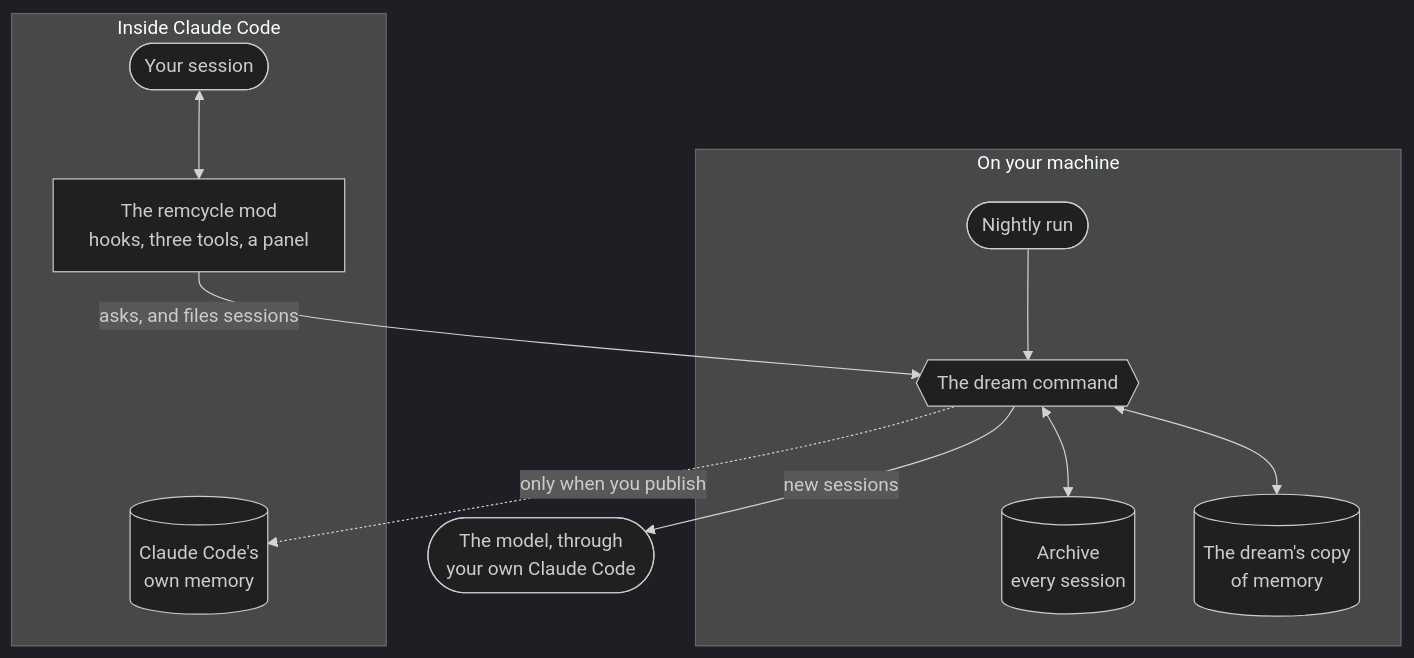
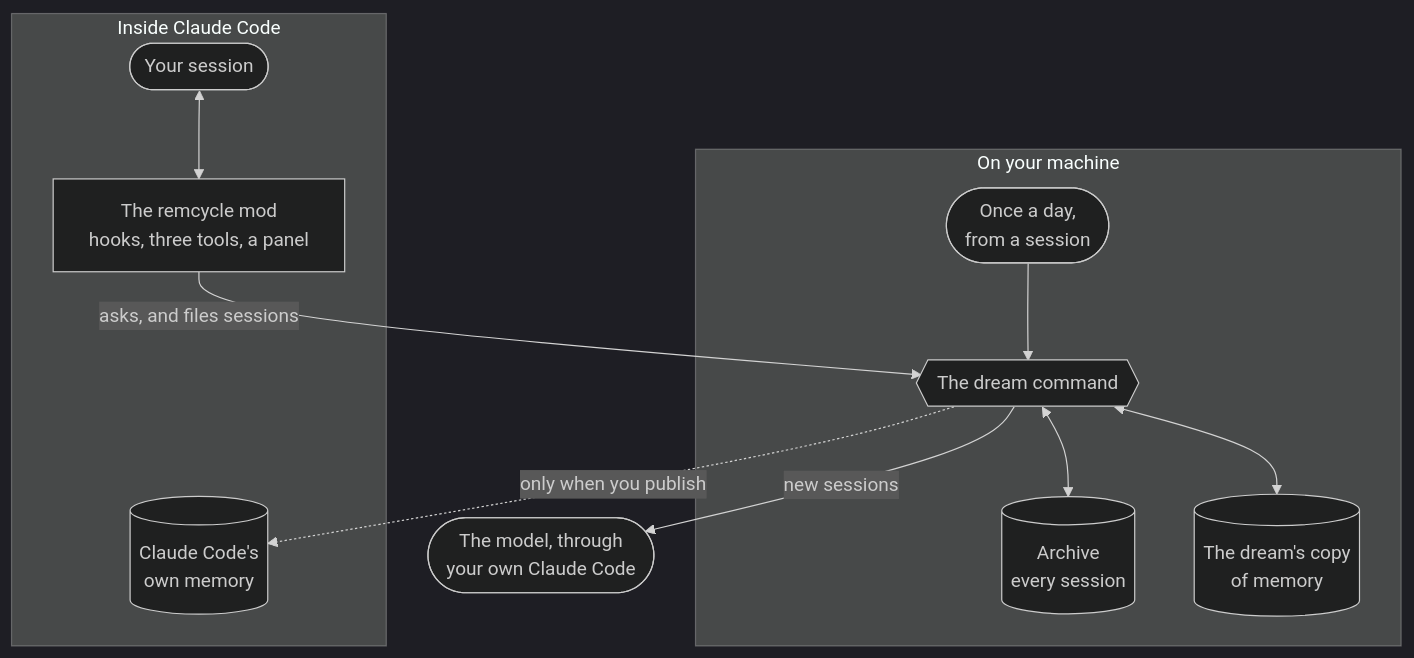
One commit to lianmatsuo/remcycle changed the second of 2 diagrams in README.md. Above: the diagram before and after it, drawn with Mermaid (dark theme). The commit also changed other lines of this file and 21 other files, not shown here.

First line of the commit message:
feat: run the daily dream by default, started from a session

````diff
--- a/README.md
+++ b/README.md
@@ -97,22 +96,22 @@
 ```mermaid
 flowchart TB
     subgraph inside["Inside Claude Code"]
         session(["Your session"])
         mod["The remcycle mod<br/>hooks, three tools, a panel"]
         own[("Claude Code's<br/>own memory")]
     end
     subgraph machine["On your machine"]
         dream{{"The dream command"}}
         archive[("Archive<br/>every session")]
         copy[("The dream's copy<br/>of memory")]
-        night(["Nightly run"])
+        night(["Once a day,<br/>from a session"])
     end
     model(["The model, through<br/>your own Claude Code"])
     session <--> mod
     mod -- "asks, and files sessions" --> dream
     night --> dream
     dream <--> archive
     dream <--> copy
     dream -- "new sessions" --> model
     dream -. "only when you publish" .-> own
 ```
````
